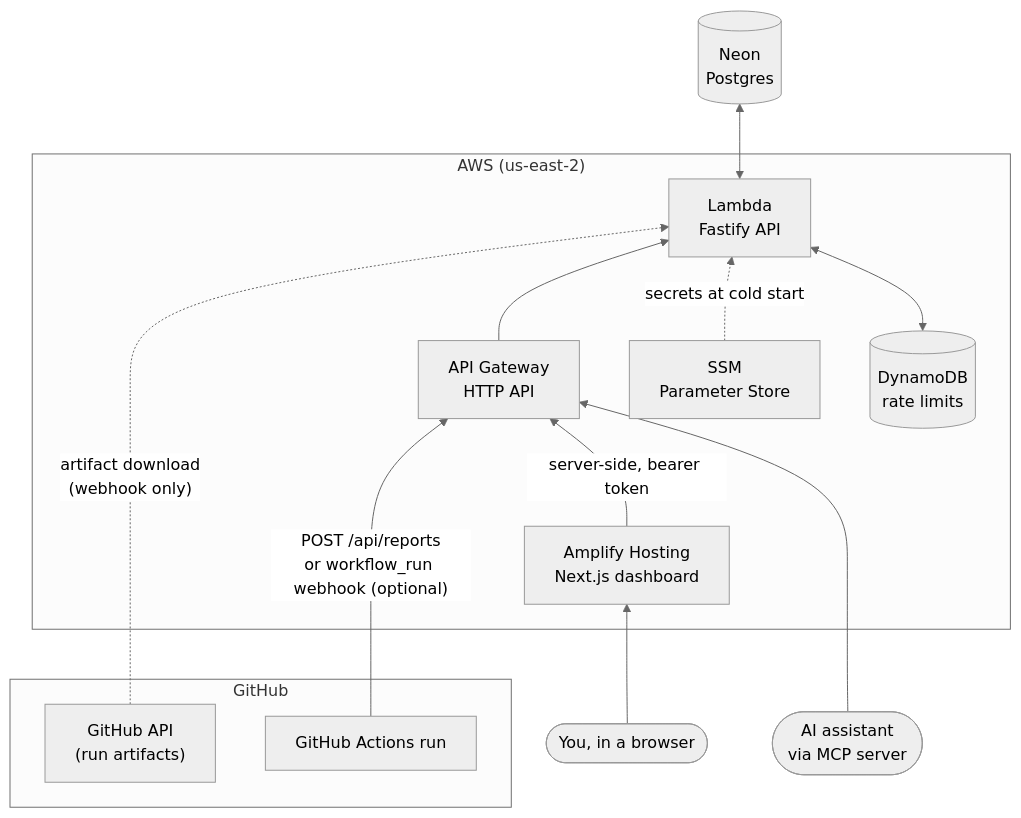
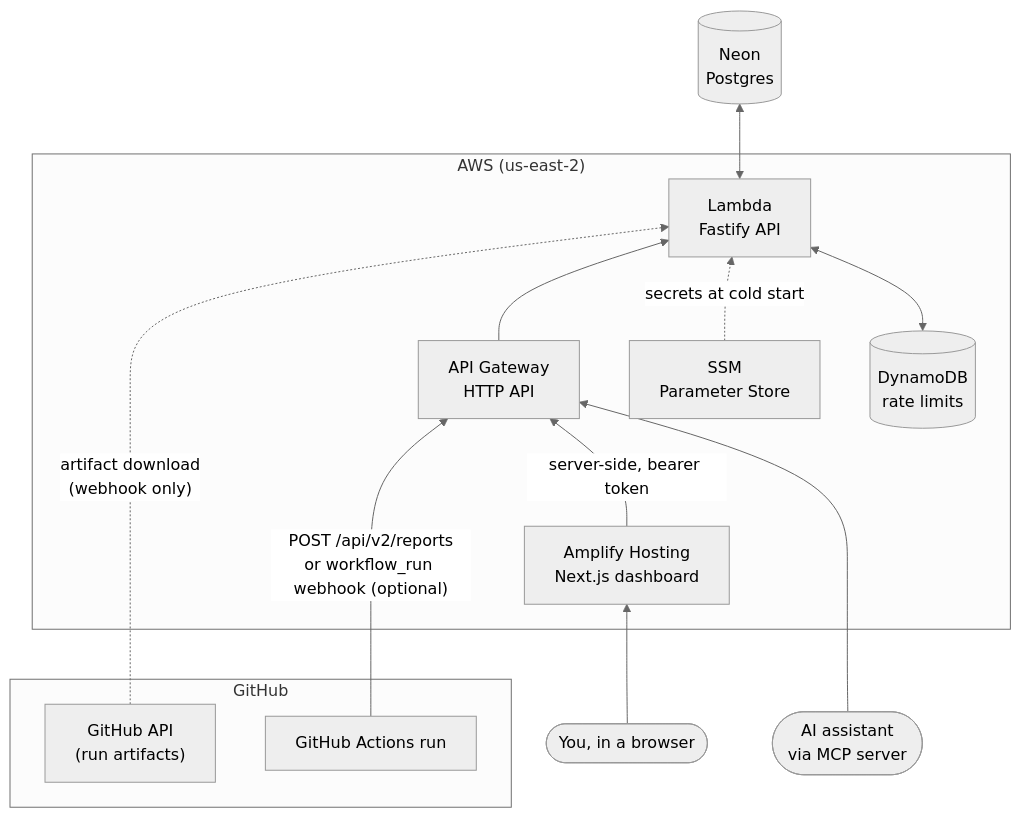
One commit to glennmcd/flakehunter changed the first of 2 diagrams in README.md. Above: the diagram before and after it, drawn with Mermaid (neutral theme). The commit also changed other lines of this file and 67 other files, not shown here.

````diff
--- a/README.md
+++ b/README.md
@@ -29,29 +29,29 @@
 ```mermaid
 flowchart BT
   subgraph AWS["AWS (us-east-2)"]
     L["Lambda<br/>Fastify API"]
     APIGW["API Gateway<br/>HTTP API"]
     DDB[("DynamoDB<br/>rate limits")]
     SSM["SSM<br/>Parameter Store"]
     AMP["Amplify Hosting<br/>Next.js dashboard"]
   end
 
   subgraph GitHub
     GA["GitHub Actions run"]
     GHAPI["GitHub API<br/>(run artifacts)"]
   end
 
   DB[("Neon<br/>Postgres")]
   U(["You, in a browser"])
   AI(["AI assistant<br/>via MCP server"])
 
-  GA -- "POST /api/reports<br/>or workflow_run webhook (optional)" ---> APIGW
+  GA -- "POST /api/v2/reports<br/>or workflow_run webhook (optional)" ---> APIGW
   GHAPI -. "artifact download<br/>(webhook only)" .-> L
   APIGW --> L
   SSM -. "secrets at cold start" .-> L
   DDB <--> L
   L <--> DB
   U --> AMP
   AMP -- "server-side, bearer token" --> APIGW
   AI ---> APIGW
 ```
````
